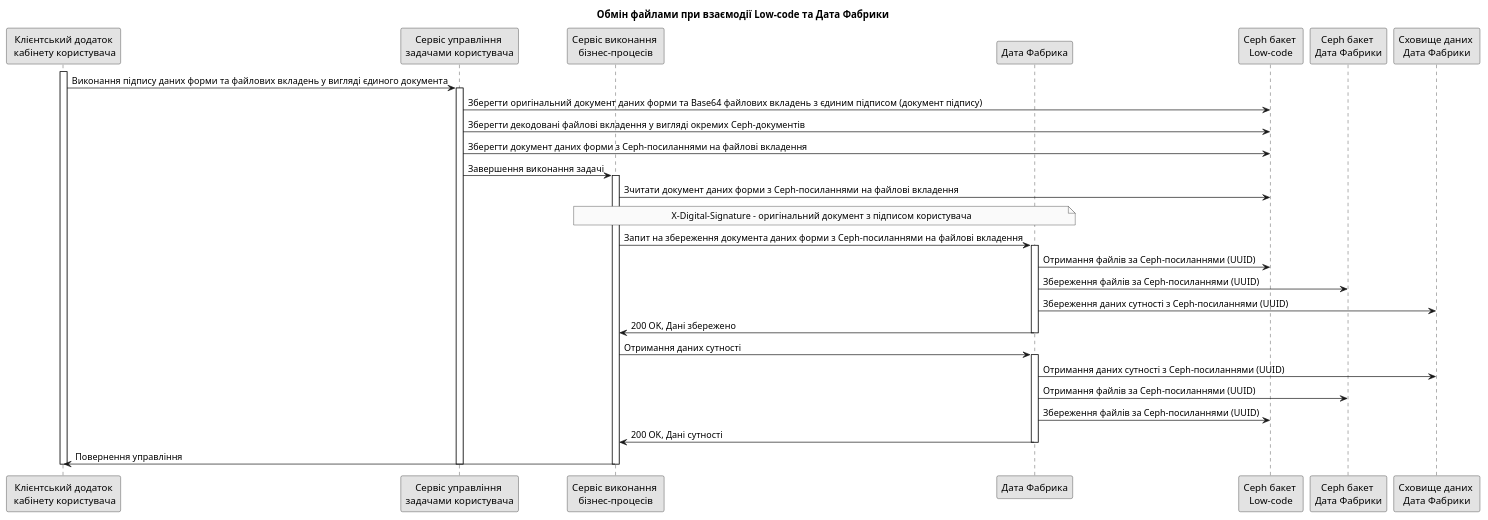
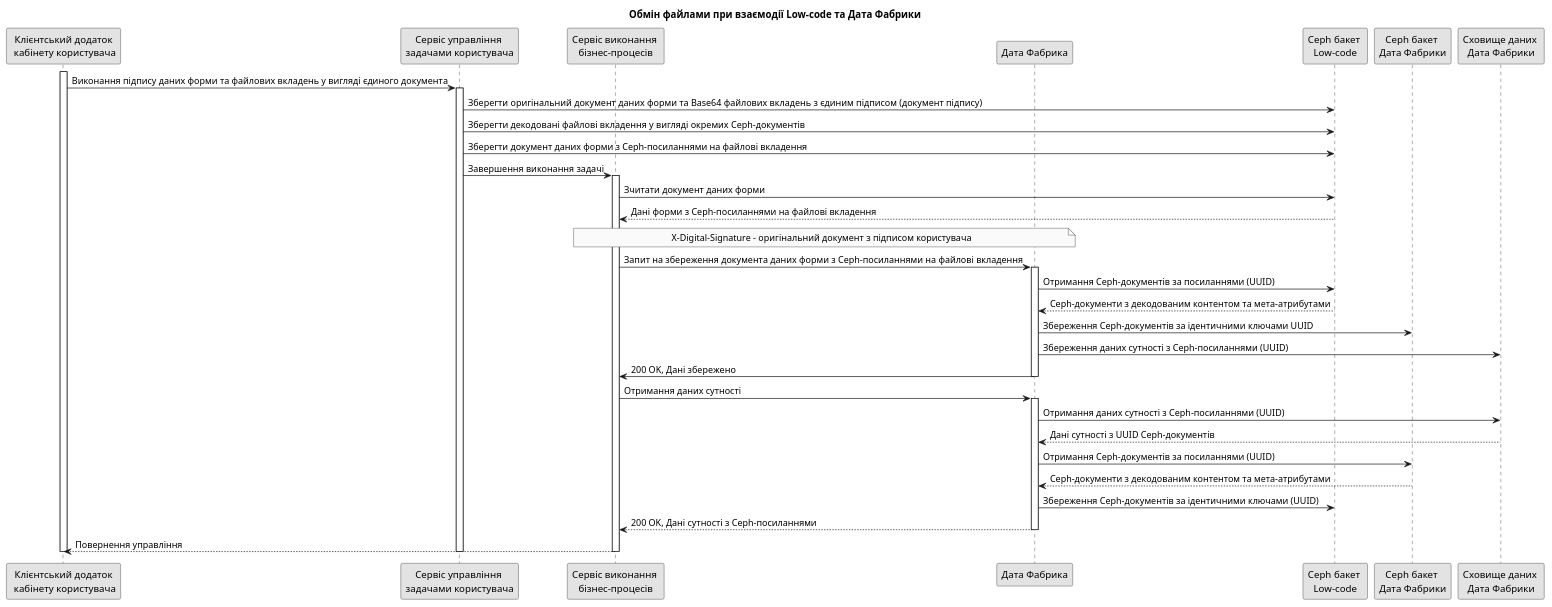
The diagram in modules/ROOT/pages/lowcode/file-management/file-management.adoc (epam/edp-ddm-architecture), drawn with PlantUML before and after one commit.

Commit message:
[MDTUDDM-4744] Sequence diagram return data flow fixed

```diff
--- a/modules/ROOT/pages/lowcode/file-management/file-management.adoc
+++ b/modules/ROOT/pages/lowcode/file-management/file-management.adoc
@@ -26,48 +26,52 @@
 [plantuml,file_exchange,svg]
 ----
 @startuml
 skinparam monochrome true
 
 participant "Клієнтський додаток\n кабінету користувача" as cabinet
 participant "Сервіс управління \nзадачами користувача" as user_task_mngmnt
 participant "Сервіс виконання \nбізнес-процесів" as bpms
 participant "Дата Фабрика" as data_factory
 participant "Ceph бакет \nLow-code" as lowcode_ceph_bucket
 participant "Ceph бакет \nДата Фабрики" as data_ceph_bucket
 participant "Сховище даних \nДата Фабрики" as citus
 skinparam responseMessageBelowArrow true
 
 title Обмін файлами при взаємодії Low-code та Дата Фабрики
 
 activate cabinet
   cabinet -> user_task_mngmnt: Виконання підпису даних форми та файлових вкладень у вигляді єдиного документа
   activate user_task_mngmnt
     user_task_mngmnt -> lowcode_ceph_bucket: Зберегти оригінальний документ даних форми та Base64 файлових вкладень з єдиним підписом (документ підпису)
     user_task_mngmnt -> lowcode_ceph_bucket: Зберегти декодовані файлові вкладення у вигляді окремих Ceph-документів
     user_task_mngmnt -> lowcode_ceph_bucket: Зберегти документ даних форми з Ceph-посиланнями на файлові вкладення
     user_task_mngmnt -> bpms: Завершення виконання задачі
     activate bpms
-      bpms -> lowcode_ceph_bucket: Зчитати документ даних форми з Ceph-посиланнями на файлові вкладення
+      bpms -> lowcode_ceph_bucket: Зчитати документ даних форми
+      lowcode_ceph_bucket --> bpms: Дані форми з Ceph-посиланнями на файлові вкладення
       note over bpms, data_factory: X-Digital-Signature - оригінальний документ з підписом користувача
       bpms -> data_factory: Запит на збереження документа даних форми з Ceph-посиланнями на файлові вкладення
       activate data_factory
-        data_factory -> lowcode_ceph_bucket: Отримання файлів за Ceph-посиланнями (UUID)
-        data_factory -> data_ceph_bucket: Збереження файлів за Ceph-посиланнями (UUID)
+        data_factory -> lowcode_ceph_bucket: Отримання Ceph-документів за посиланнями (UUID)
+        lowcode_ceph_bucket --> data_factory: Ceph-документи з декодованим контентом та мета-атрибутами
+        data_factory -> data_ceph_bucket: Збереження Ceph-документів за ідентичними ключами UUID
         data_factory -> citus: Збереження даних сутності з Ceph-посиланнями (UUID)
         data_factory -> bpms: 200 OK, Дані збережено
       deactivate data_factory
 
       bpms -> data_factory: Отримання даних сутності
       activate data_factory
         data_factory -> citus: Отримання даних сутності з Ceph-посиланнями (UUID)
-        data_factory -> data_ceph_bucket: Отримання файлів за Ceph-посиланнями (UUID)
-        data_factory -> lowcode_ceph_bucket: Збереження файлів за Ceph-посиланнями (UUID)
-        data_factory -> bpms: 200 OK, Дані сутності
+        citus --> data_factory: Дані сутності з UUID Ceph-документів
+        data_factory -> data_ceph_bucket: Отримання Ceph-документів за посиланнями (UUID)
+        data_ceph_bucket --> data_factory: Ceph-документи з декодованим контентом та мета-атрибутами
+        data_factory -> lowcode_ceph_bucket: Збереження Ceph-документів за ідентичними ключами (UUID)
+        data_factory --> bpms: 200 OK, Дані сутності з Ceph-посиланнями
       deactivate data_factory
-      bpms -> cabinet: Повернення управління
+      bpms --> cabinet: Повернення управління
     deactivate bpms
   deactivate user_task_mngmnt
 deactivate cabinet
 
 @enduml
 ----
```
